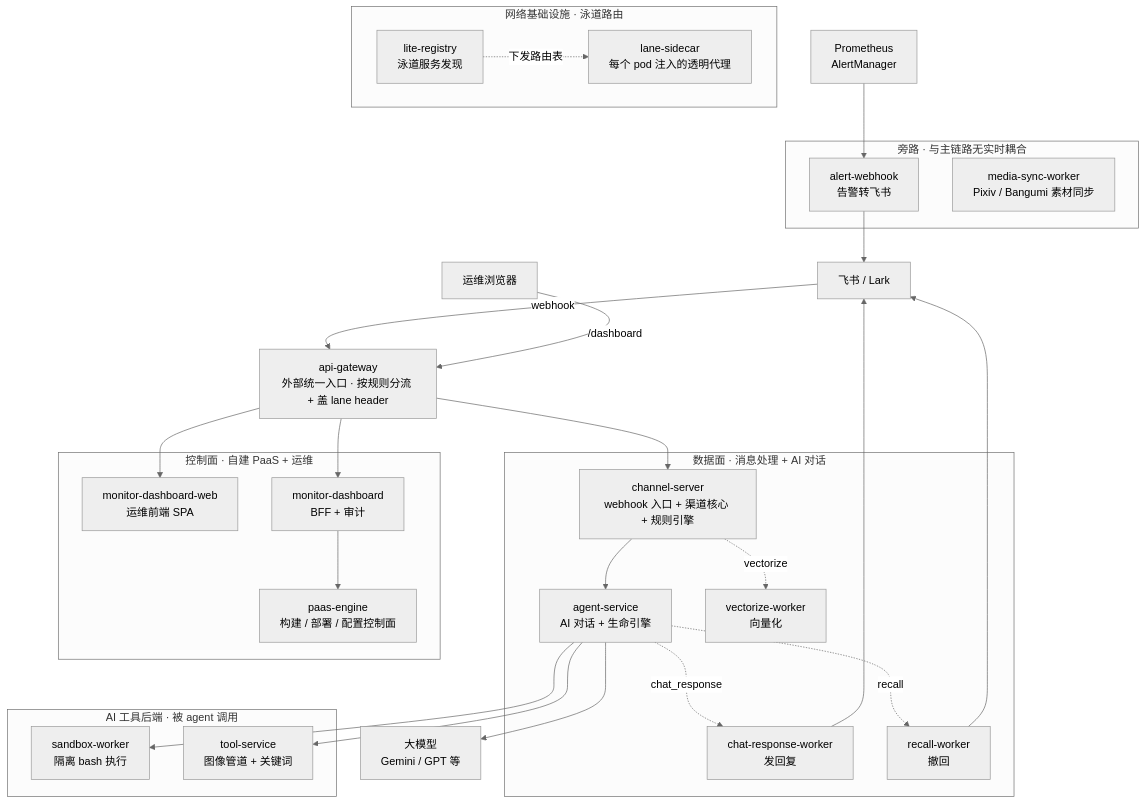
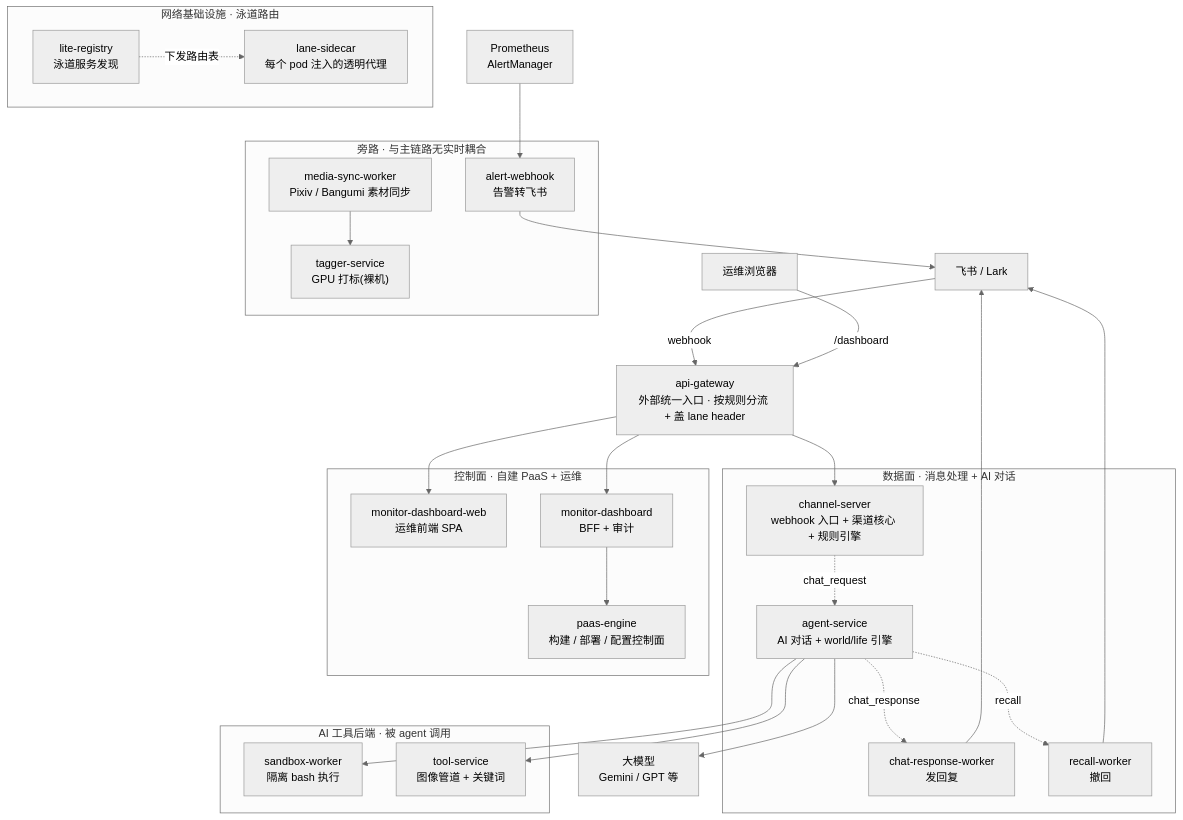
The first of 5 diagrams in docs/service-topology.md (bezhai/chiwei-platform), drawn with Mermaid (neutral theme) before and after one commit. The commit also changed other lines of this file and 4 other files, not shown here.

````diff
--- a/docs/service-topology.md
+++ b/docs/service-topology.md
@@ -28,52 +29,53 @@
 ```mermaid
 flowchart TB
     Feishu["飞书 / Lark"]
     Browser["运维浏览器"]
     Prom["Prometheus<br/>AlertManager"]
     LLM["大模型<br/>Gemini / GPT 等"]
 
     GW["api-gateway<br/>外部统一入口 · 按规则分流 + 盖 lane header"]
 
     subgraph data["数据面 · 消息处理 + AI 对话"]
         CS["channel-server<br/>webhook 入口 + 渠道核心 + 规则引擎"]
-        AS["agent-service<br/>AI 对话 + 生命引擎"]
+        AS["agent-service<br/>AI 对话 + world/life 引擎"]
         CRW["chat-response-worker<br/>发回复"]
         RW["recall-worker<br/>撤回"]
-        VW["vectorize-worker<br/>向量化"]
     end
 
     subgraph tools["AI 工具后端 · 被 agent 调用"]
         SB["sandbox-worker<br/>隔离 bash 执行"]
         TS["tool-service<br/>图像管道 + 关键词"]
     end
 
     subgraph ctrl["控制面 · 自建 PaaS + 运维"]
         DW["monitor-dashboard-web<br/>运维前端 SPA"]
         DB["monitor-dashboard<br/>BFF + 审计"]
         PE["paas-engine<br/>构建 / 部署 / 配置控制面"]
     end
 
     subgraph net["网络基础设施 · 泳道路由"]
         REG["lite-registry<br/>泳道服务发现"]
         LS["lane-sidecar<br/>每个 pod 注入的透明代理"]
     end
 
     subgraph aside["旁路 · 与主链路无实时耦合"]
         AW["alert-webhook<br/>告警转飞书"]
         MS["media-sync-worker<br/>Pixiv / Bangumi 素材同步"]
+        TAG["tagger-service<br/>GPU 打标(裸机)"]
     end
 
     Feishu -->|webhook| GW
     Browser -->|/dashboard| GW
-    GW --> CS --> AS
+    GW --> CS
     GW --> DW
     GW --> DB --> PE
+    CS -. chat_request .-> AS
     AS -. chat_response .-> CRW --> Feishu
     AS -. recall .-> RW --> Feishu
-    CS -. vectorize .-> VW
     AS --> SB
     AS --> TS
     AS --> LLM
     Prom --> AW --> Feishu
+    MS --> TAG
     REG -. 下发路由表 .-> LS
 ```
````
